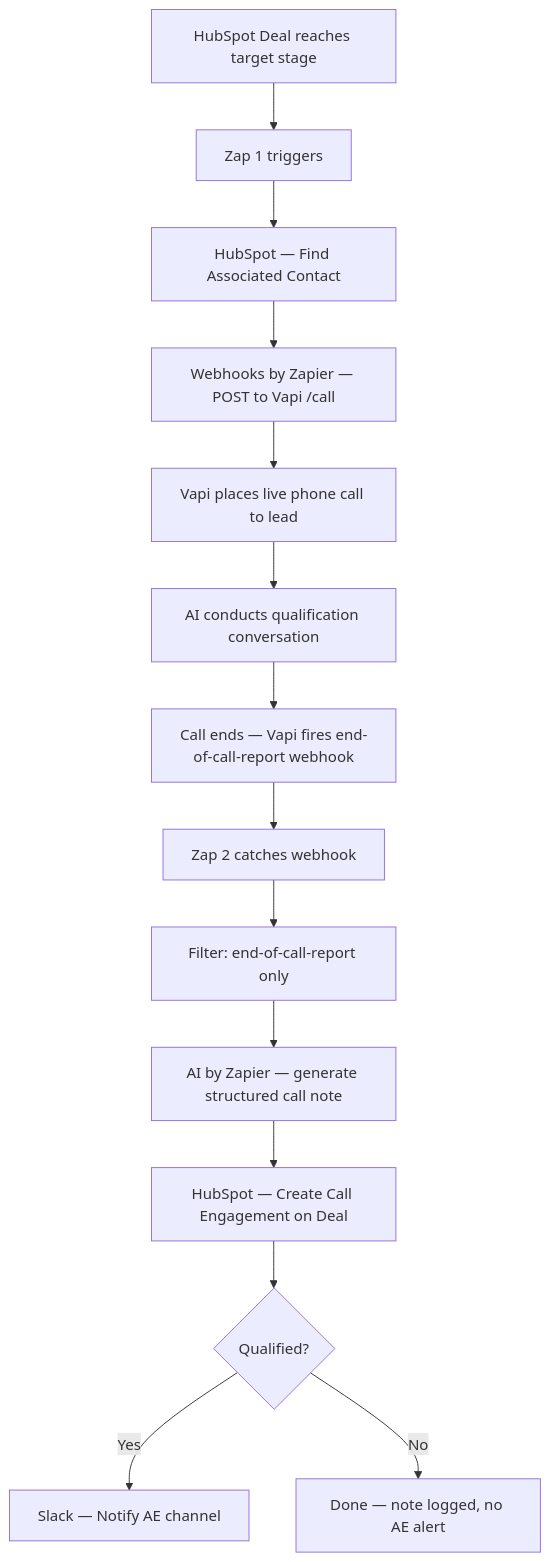
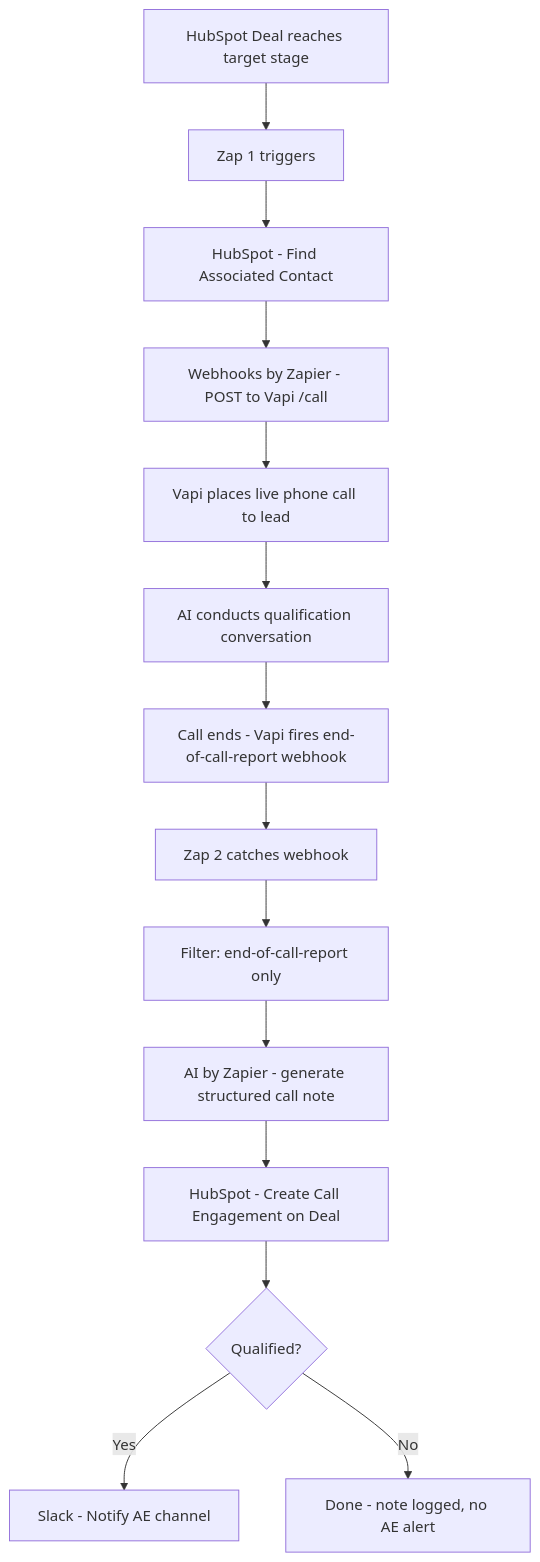
One commit to diego101019/zapier-sdr-caller changed the diagram in README.md. Above: the diagram before and after it, drawn with Mermaid. The commit also changed other lines of this file and 4 other files, not shown here.

````diff
--- a/README.md
+++ b/README.md
@@ -21,16 +21,16 @@
 ```mermaid
 flowchart TD
     A[HubSpot Deal reaches target stage] --> B[Zap 1 triggers]
-    B --> C[HubSpot — Find Associated Contact]
-    C --> D[Webhooks by Zapier — POST to Vapi /call]
+    B --> C[HubSpot - Find Associated Contact]
+    C --> D[Webhooks by Zapier - POST to Vapi /call]
     D --> E[Vapi places live phone call to lead]
     E --> F[AI conducts qualification conversation]
-    F --> G[Call ends — Vapi fires end-of-call-report webhook]
+    F --> G[Call ends - Vapi fires end-of-call-report webhook]
     G --> H[Zap 2 catches webhook]
     H --> I[Filter: end-of-call-report only]
-    I --> J[AI by Zapier — generate structured call note]
-    J --> K[HubSpot — Create Call Engagement on Deal]
+    I --> J[AI by Zapier - generate structured call note]
+    J --> K[HubSpot - Create Call Engagement on Deal]
     K --> L{Qualified?}
-    L -->|Yes| M[Slack — Notify AE channel]
-    L -->|No| N[Done — note logged, no AE alert]
+    L -->|Yes| M[Slack - Notify AE channel]
+    L -->|No| N[Done - note logged, no AE alert]
 ```
````
